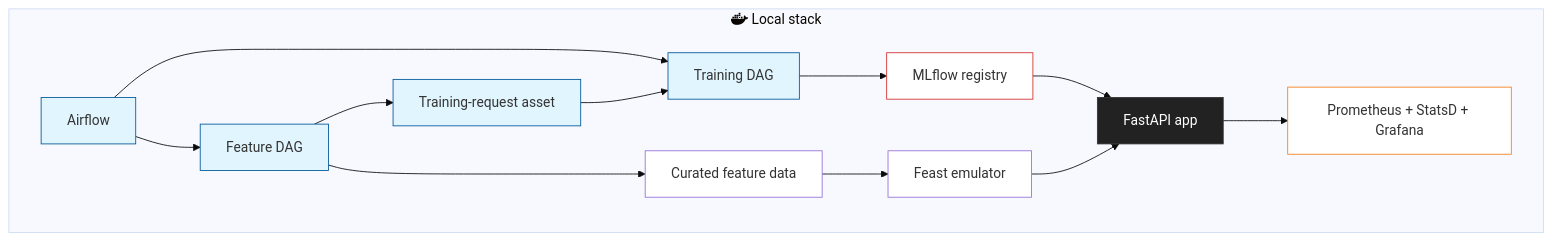
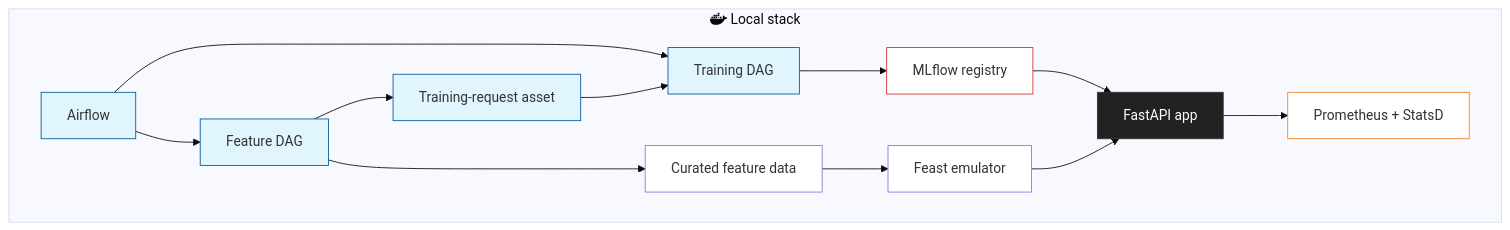
The diagram in docs/site/system/local-evaluator.md (javihslu/foehncast), drawn with Mermaid (base theme) before and after one commit. The commit also changed other lines of this file and 15 other files, not shown here.

```diff
--- a/docs/site/system/local-evaluator.md
+++ b/docs/site/system/local-evaluator.md
@@ -15,32 +15,32 @@
 <div class="mermaid">
 flowchart TD
     classDef pipeline fill:#e1f5fe,stroke:#01579b
     classDef registry fill:#fff,stroke:#d32f2f
     classDef app fill:#222,stroke:#333,color:#fff
     classDef storage fill:#fff,stroke:#9370db
     classDef monitor fill:#fff,stroke:#f57f17
 
     subgraph LocalStack ["fab:fa-docker Local stack"]
         direction LR
         AIR["Airflow"]:::pipeline
         FEAT["Feature DAG"]:::pipeline
         CUR["Curated feature data"]:::storage
         REQ["Training-request asset"]:::pipeline
         TRN["Training DAG"]:::pipeline
         REG["MLflow registry"]:::registry
         FEAST["Feast emulator"]:::storage
         APP["FastAPI app"]:::app
-        MON["Prometheus + StatsD + Grafana"]:::monitor
+        MON["Prometheus + StatsD"]:::monitor
     end
 
     AIR --> FEAT
     AIR --> TRN
     FEAT --> CUR
     FEAT --> REQ
     CUR --> FEAST
     REQ --> TRN
     TRN --> REG
     REG --> APP
     FEAST --> APP
     APP --> MON
 </div>
```
